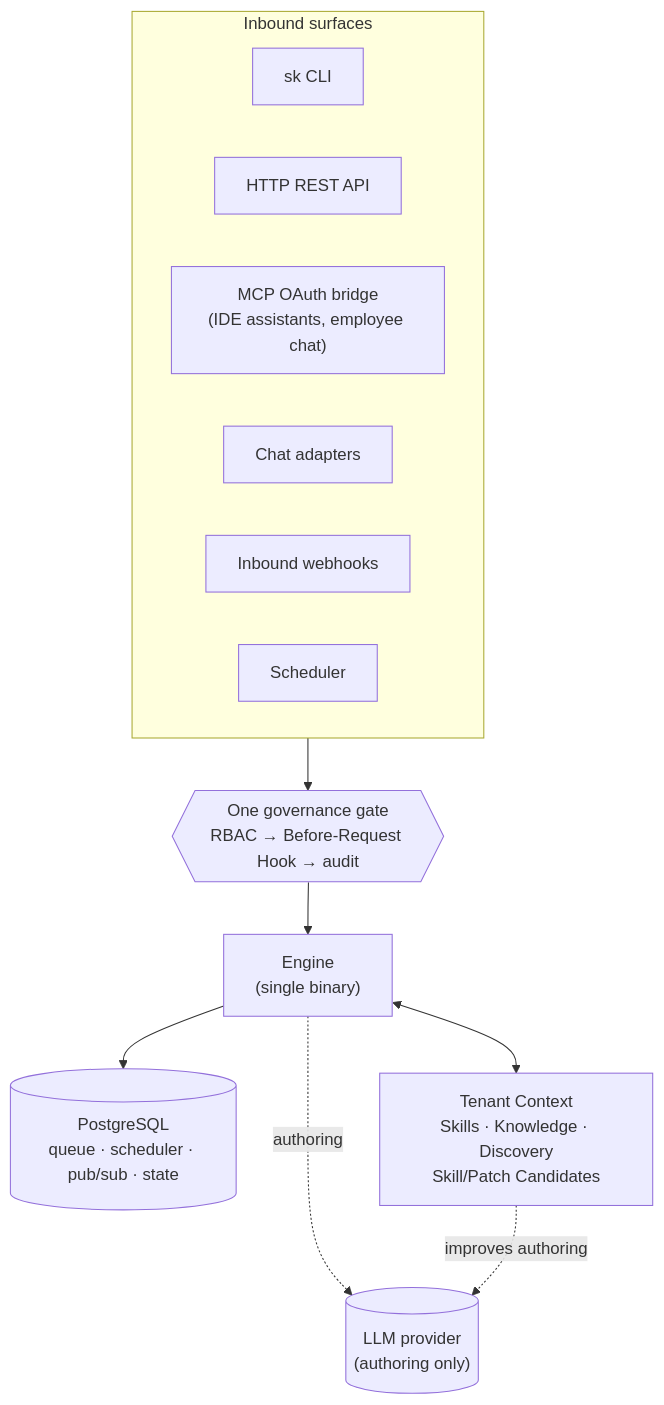
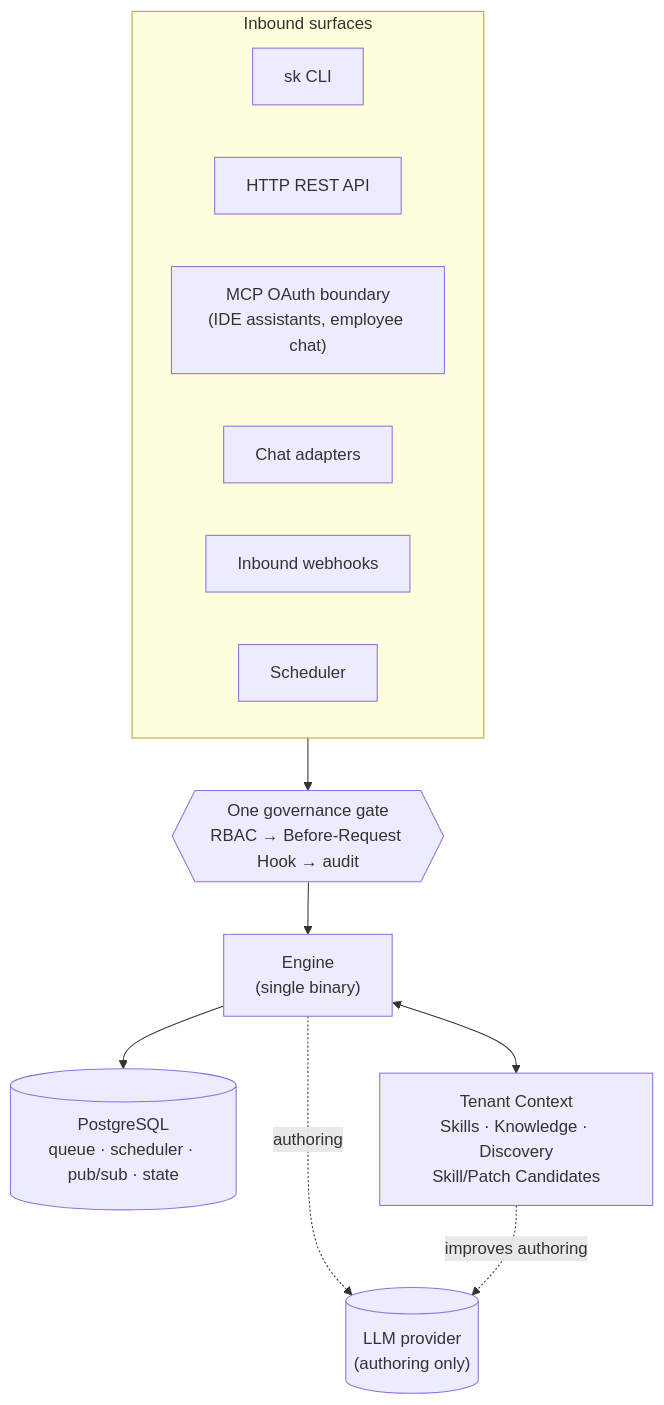
The first of 2 diagrams in docs/concepts/overview.md (MikeBild/subkit), drawn with Mermaid before and after one commit. The commit also changed other lines of this file and 48 other files, not shown here.

````diff
--- a/docs/concepts/overview.md
+++ b/docs/concepts/overview.md
@@ -22,22 +22,22 @@
 ```mermaid
 flowchart TB
     subgraph surfaces["Inbound surfaces"]
         CLI["sk CLI"]
         REST["HTTP REST API"]
-        MCP["MCP OAuth bridge<br/>(IDE assistants, employee chat)"]
+        MCP["MCP OAuth boundary<br/>(IDE assistants, employee chat)"]
         Chat["Chat adapters"]
         Hook["Inbound webhooks"]
         Sched["Scheduler"]
     end
     Gate{{"One governance gate<br/>RBAC → Before-Request Hook → audit"}}
     Engine["Engine<br/>(single binary)"]
     PG[("PostgreSQL<br/>queue · scheduler · pub/sub · state")]
     LLM[("LLM provider<br/>(authoring only)")]
     Ctx["Tenant Context<br/>Skills · Knowledge · Discovery<br/>Skill/Patch Candidates"]
 
     surfaces --> Gate --> Engine
     Engine --> PG
     Engine -. authoring .-> LLM
     Engine <--> Ctx
     Ctx -. improves authoring .-> LLM
 ```
````
